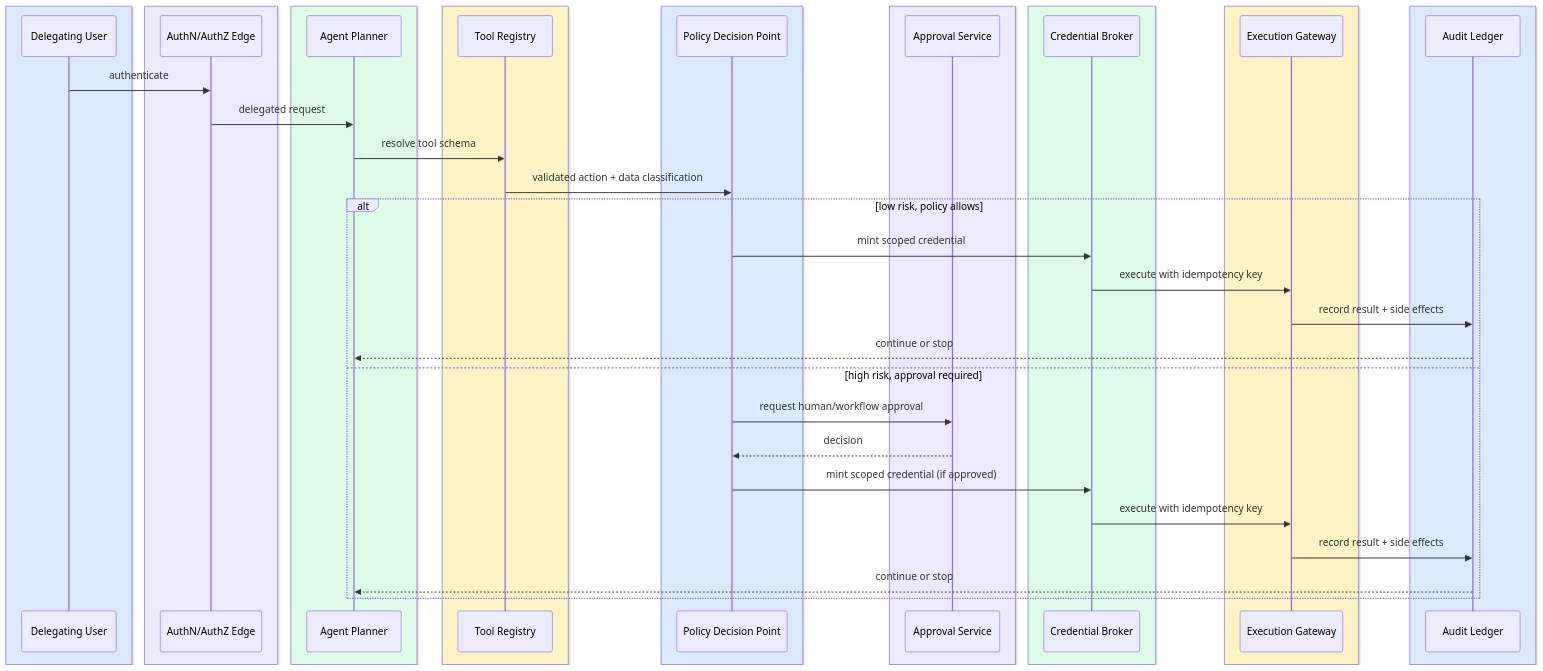
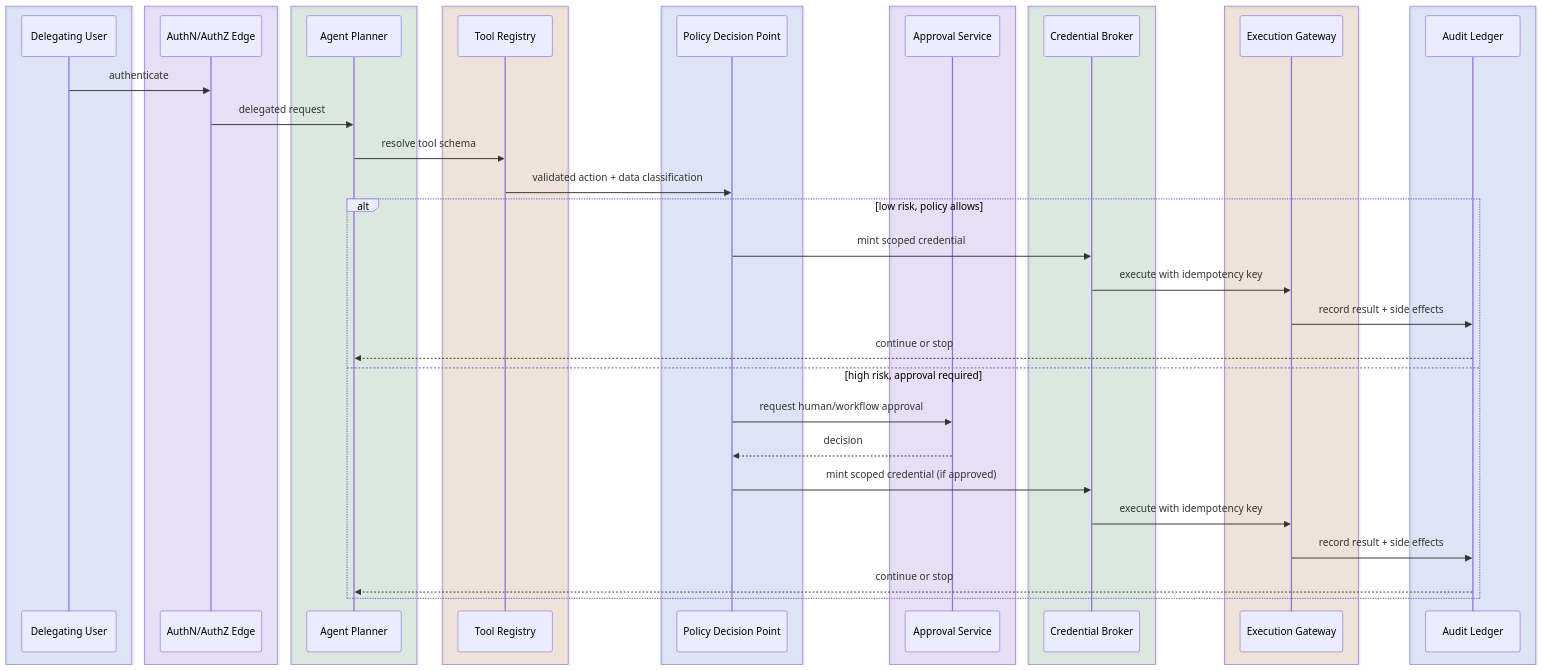
Before and after one commit to Sourav692/Forward-Deployed-Engineer-Interview-Prep: the fourth of 6 diagrams in 02_System_Design_Case_Studies/Scenario_Packs_G01_G20/G03_Tool_Using_Agent_With_Safety_Controls/4_Full_Design/G03_Full_Design_Part_2.md, drawn with Mermaid. The commit also changed 49 other files, not shown here.

Commit message:
fix: preserve sequence diagram contrast in both themes

````diff
--- a/02_System_Design_Case_Studies/Scenario_Packs_G01_G20/G03_Tool_Using_Agent_With_Safety_Controls/4_Full_Design/G03_Full_Design_Part_2.md
+++ b/02_System_Design_Case_Studies/Scenario_Packs_G01_G20/G03_Tool_Using_Agent_With_Safety_Controls/4_Full_Design/G03_Full_Design_Part_2.md
@@ -152,47 +152,47 @@
 ```mermaid
 sequenceDiagram
-  box rgb(219,234,254)
+  box rgba(37,99,235,0.12)
       participant User as Delegating User
   end
-  box rgb(237,233,254)
+  box rgba(124,58,237,0.12)
       participant Edge as AuthN/AuthZ Edge
   end
-  box rgb(220,252,231)
+  box rgba(21,128,61,0.12)
       participant Planner as Agent Planner
   end
-  box rgb(254,243,199)
+  box rgba(180,83,9,0.12)
       participant Registry as Tool Registry
   end
-  box rgb(219,234,254)
+  box rgba(37,99,235,0.12)
       participant PDP as Policy Decision Point
   end
-  box rgb(237,233,254)
+  box rgba(124,58,237,0.12)
       participant Approval as Approval Service
   end
-  box rgb(220,252,231)
+  box rgba(21,128,61,0.12)
       participant Broker as Credential Broker
   end
-  box rgb(254,243,199)
+  box rgba(180,83,9,0.12)
       participant Gateway as Execution Gateway
   end
-  box rgb(219,234,254)
+  box rgba(37,99,235,0.12)
       participant Ledger as Audit Ledger
   end
   User->>Edge: authenticate
   Edge->>Planner: delegated request
   Planner->>Registry: resolve tool schema
   Registry->>PDP: validated action + data classification
   alt low risk, policy allows
     PDP->>Broker: mint scoped credential
     Broker->>Gateway: execute with idempotency key
     Gateway->>Ledger: record result + side effects
     Ledger-->>Planner: continue or stop
   else high risk, approval required
     PDP->>Approval: request human/workflow approval
     Approval-->>PDP: decision
     PDP->>Broker: mint scoped credential (if approved)
     Broker->>Gateway: execute with idempotency key
     Gateway->>Ledger: record result + side effects
     Ledger-->>Planner: continue or stop
   end
 ```
````
